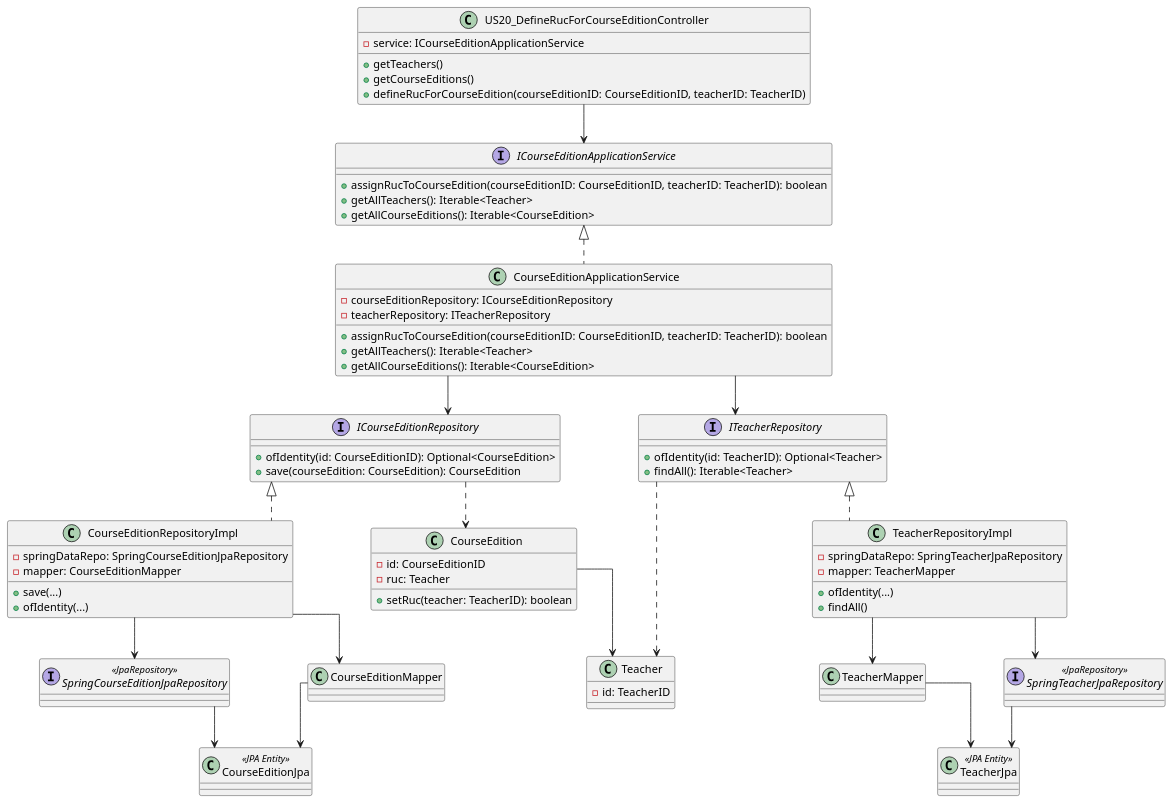
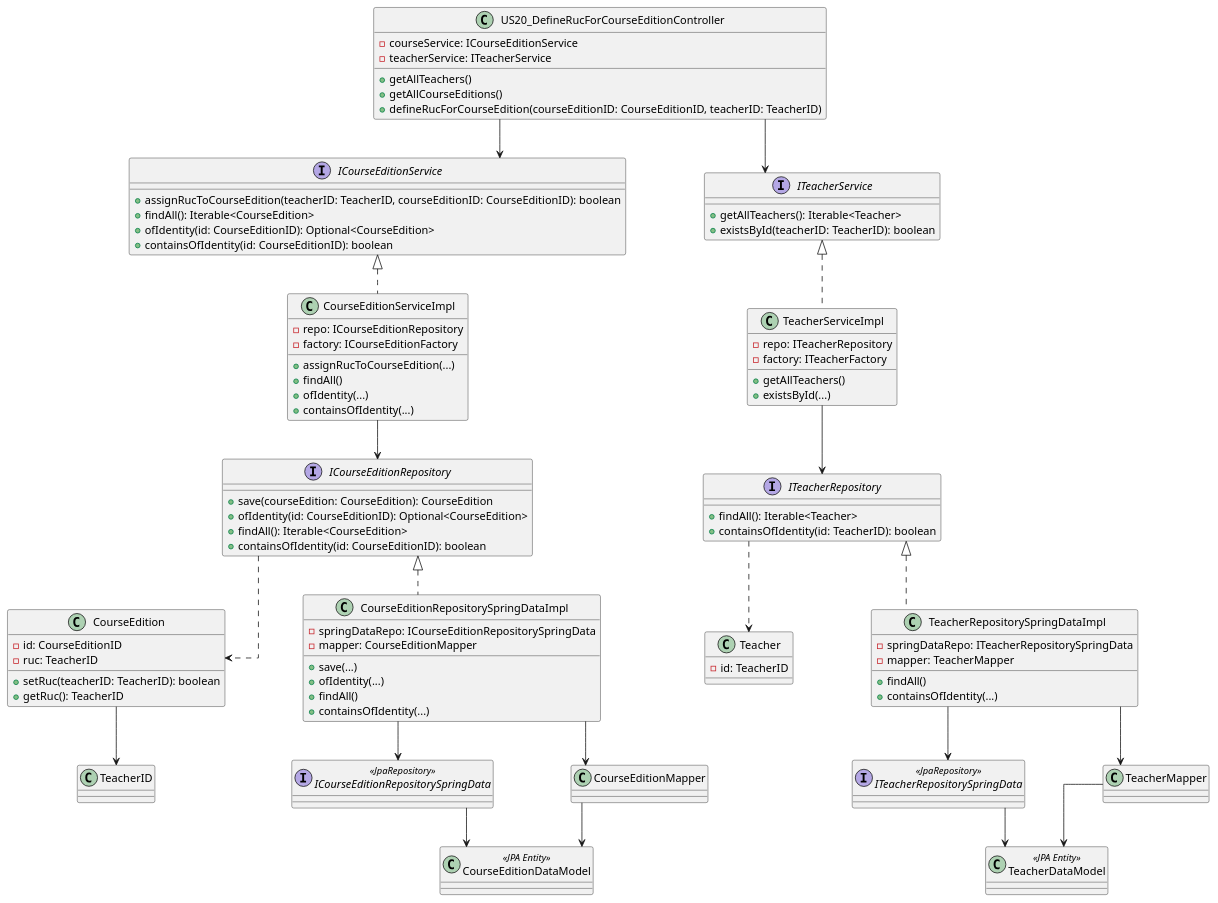
Before and after one commit to GasparISEP/DevOps-PAI: the diagram in docs/US20/US20_DefineRucForACourseEdition_ClassDiagram_SpringDataJPA.puml, drawn with PlantUML. The commit also changed 1 other file, not shown here.

```diff
--- a/docs/US20/US20_DefineRucForACourseEdition_ClassDiagram_SpringDataJPA.puml
+++ b/docs/US20/US20_DefineRucForACourseEdition_ClassDiagram_SpringDataJPA.puml
@@ -1,101 +1,124 @@
 @startuml
 
 skinparam linetype ortho
 skinparam ranksep 50
 skinparam nodesep 100
 
 ' Presentation Layer
 class US20_DefineRucForCourseEditionController {
-  - service: ICourseEditionApplicationService
-  + getTeachers()
-  + getCourseEditions()
+  - courseService: ICourseEditionService
+  - teacherService: ITeacherService
+  + getAllTeachers()
+  + getAllCourseEditions()
   + defineRucForCourseEdition(courseEditionID: CourseEditionID, teacherID: TeacherID)
 }
 
 ' Application Layer
-interface ICourseEditionApplicationService {
-  + assignRucToCourseEdition(courseEditionID: CourseEditionID, teacherID: TeacherID): boolean
-  + getAllTeachers(): Iterable<Teacher>
-  + getAllCourseEditions(): Iterable<CourseEdition>
+interface ICourseEditionService {
+  + assignRucToCourseEdition(teacherID: TeacherID, courseEditionID: CourseEditionID): boolean
+  + findAll(): Iterable<CourseEdition>
+  + ofIdentity(id: CourseEditionID): Optional<CourseEdition>
+  + containsOfIdentity(id: CourseEditionID): boolean
 }
 
-class CourseEditionApplicationService {
-  - courseEditionRepository: ICourseEditionRepository
-  - teacherRepository: ITeacherRepository
-  + assignRucToCourseEdition(courseEditionID: CourseEditionID, teacherID: TeacherID): boolean
+interface ITeacherService {
   + getAllTeachers(): Iterable<Teacher>
-  + getAllCourseEditions(): Iterable<CourseEdition>
+  + existsById(teacherID: TeacherID): boolean
+}
+
+class CourseEditionServiceImpl {
+  - repo: ICourseEditionRepository
+  - factory: ICourseEditionFactory
+  + assignRucToCourseEdition(...)
+  + findAll()
+  + ofIdentity(...)
+  + containsOfIdentity(...)
+}
+
+class TeacherServiceImpl {
+  - repo: ITeacherRepository
+  - factory: ITeacherFactory
+  + getAllTeachers()
+  + existsById(...)
 }
 
 ' Domain Layer
 interface ICourseEditionRepository {
+  + save(courseEdition: CourseEdition): CourseEdition
   + ofIdentity(id: CourseEditionID): Optional<CourseEdition>
-  + save(courseEdition: CourseEdition): CourseEdition
+  + findAll(): Iterable<CourseEdition>
+  + containsOfIdentity(id: CourseEditionID): boolean
 }
 
 interface ITeacherRepository {
-  + ofIdentity(id: TeacherID): Optional<Teacher>
   + findAll(): Iterable<Teacher>
+  + containsOfIdentity(id: TeacherID): boolean
 }
 
 class CourseEdition {
   - id: CourseEditionID
-  - ruc: Teacher
-  + setRuc(teacher: TeacherID): boolean
+  - ruc: TeacherID
+  + setRuc(teacherID: TeacherID): boolean
+  + getRuc(): TeacherID
 }
 
 class Teacher {
   - id: TeacherID
 }
 
 ' Infrastructure Layer
-class CourseEditionRepositoryImpl {
-  - springDataRepo: SpringCourseEditionJpaRepository
+class CourseEditionRepositorySpringDataImpl {
+  - springDataRepo: ICourseEditionRepositorySpringData
   - mapper: CourseEditionMapper
   + save(...)
   + ofIdentity(...)
+  + findAll()
+  + containsOfIdentity(...)
 }
 
-class TeacherRepositoryImpl {
-  - springDataRepo: SpringTeacherJpaRepository
+class TeacherRepositorySpringDataImpl {
+  - springDataRepo: ITeacherRepositorySpringData
   - mapper: TeacherMapper
-  + ofIdentity(...)
   + findAll()
+  + containsOfIdentity(...)
 }
 
-interface SpringCourseEditionJpaRepository <<JpaRepository>>
-interface SpringTeacherJpaRepository <<JpaRepository>>
+interface ICourseEditionRepositorySpringData <<JpaRepository>>
+interface ITeacherRepositorySpringData <<JpaRepository>>
 
-class CourseEditionJpa <<JPA Entity>>
-class TeacherJpa <<JPA Entity>>
+class CourseEditionDataModel <<JPA Entity>>
+class TeacherDataModel <<JPA Entity>>
 
 class CourseEditionMapper
 class TeacherMapper
 
 ' Associations
-US20_DefineRucForCourseEditionController --> ICourseEditionApplicationService
-ICourseEditionApplicationService <|.. CourseEditionApplicationService
+US20_DefineRucForCourseEditionController --> ICourseEditionService
+US20_DefineRucForCourseEditionController --> ITeacherService
 
-CourseEditionApplicationService --> ICourseEditionRepository
-CourseEditionApplicationService --> ITeacherRepository
+ICourseEditionService <|.. CourseEditionServiceImpl
+ITeacherService <|.. TeacherServiceImpl
 
-ICourseEditionRepository <|.. CourseEditionRepositoryImpl
-ITeacherRepository <|.. TeacherRepositoryImpl
+CourseEditionServiceImpl --> ICourseEditionRepository
+TeacherServiceImpl --> ITeacherRepository
 
-CourseEditionRepositoryImpl --> CourseEditionMapper
-TeacherRepositoryImpl --> TeacherMapper
+ICourseEditionRepository <|.. CourseEditionRepositorySpringDataImpl
+ITeacherRepository <|.. TeacherRepositorySpringDataImpl
 
-CourseEditionRepositoryImpl --> SpringCourseEditionJpaRepository
-TeacherRepositoryImpl --> SpringTeacherJpaRepository
+CourseEditionRepositorySpringDataImpl --> ICourseEditionRepositorySpringData
+TeacherRepositorySpringDataImpl --> ITeacherRepositorySpringData
 
-SpringCourseEditionJpaRepository --> CourseEditionJpa
-SpringTeacherJpaRepository --> TeacherJpa
+CourseEditionRepositorySpringDataImpl --> CourseEditionMapper
+TeacherRepositorySpringDataImpl --> TeacherMapper
 
-CourseEditionMapper --> CourseEditionJpa
-TeacherMapper --> TeacherJpa
+ICourseEditionRepositorySpringData --> CourseEditionDataModel
+ITeacherRepositorySpringData --> TeacherDataModel
+
+CourseEditionMapper --> CourseEditionDataModel
+TeacherMapper --> TeacherDataModel
 
 ICourseEditionRepository ..> CourseEdition
 ITeacherRepository ..> Teacher
-CourseEdition --> Teacher
+CourseEdition --> TeacherID
 
 @enduml
```
